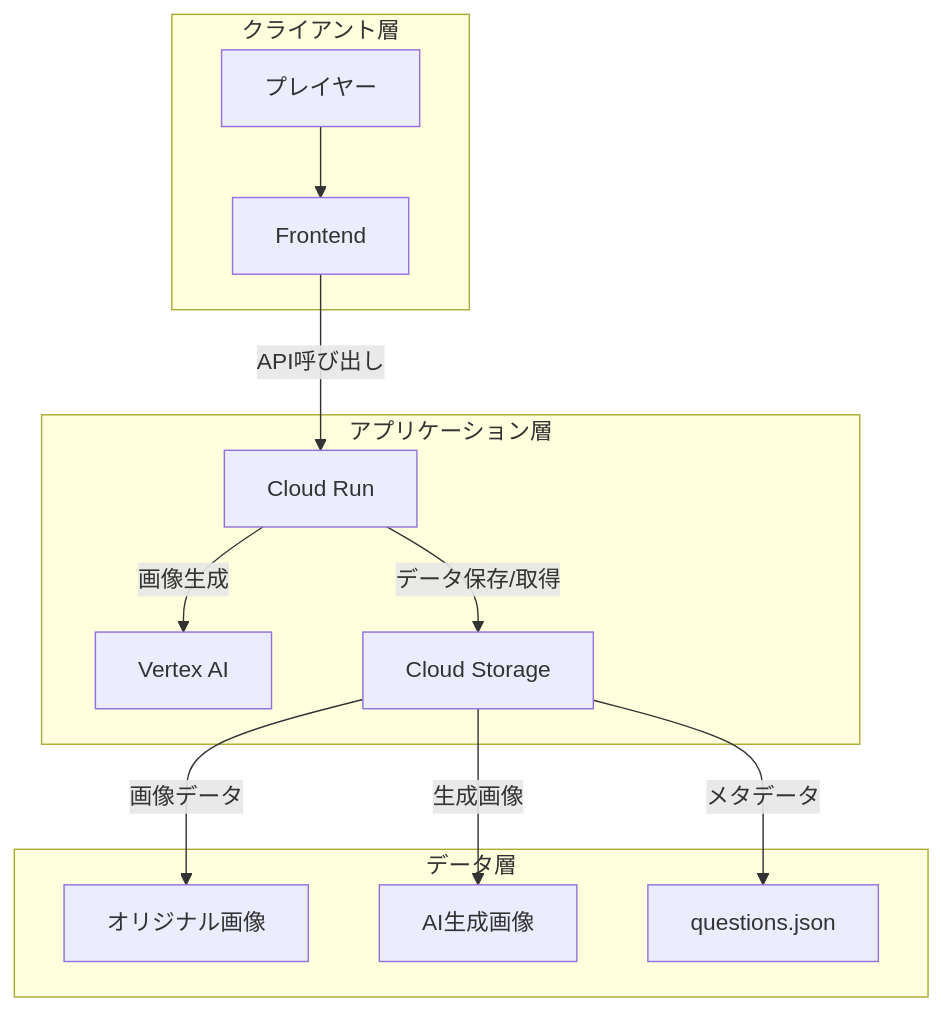
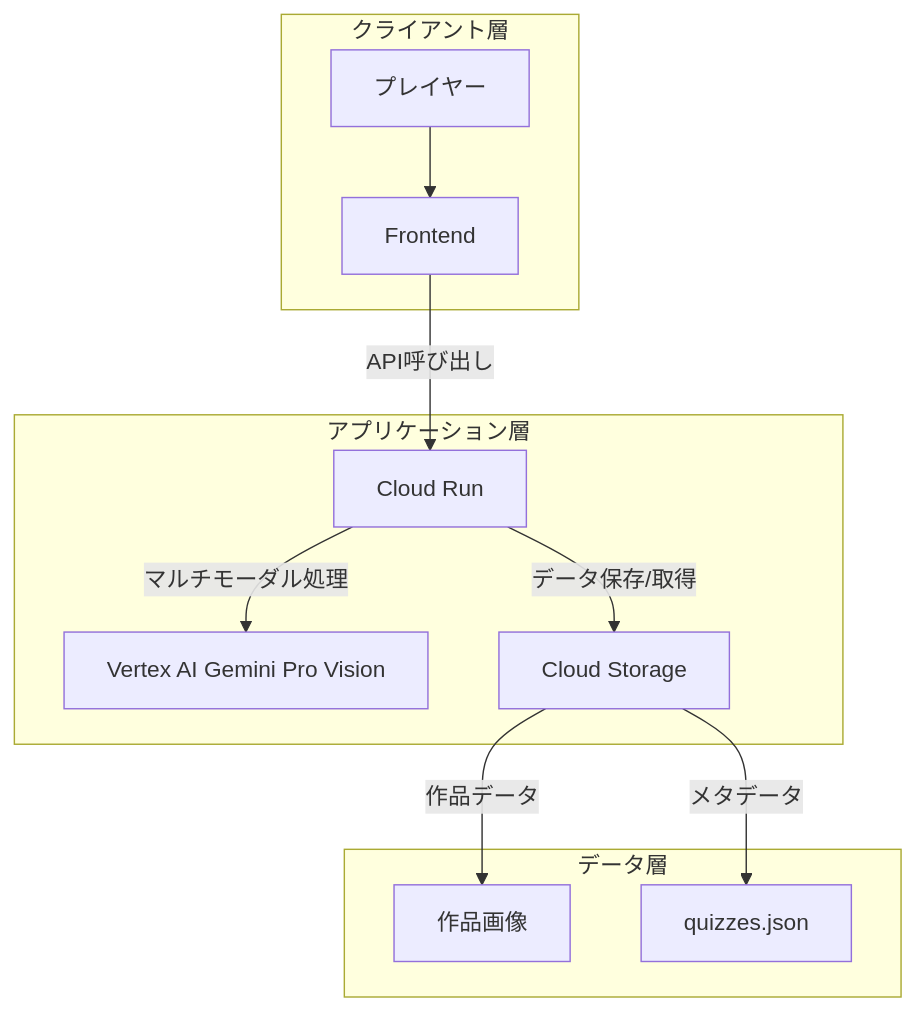
One commit to ken-ty/zenn_ai_hackathon_2501_backend changed the first of 3 diagrams in docs/ARCHITECTURE.md. Above: the diagram before and after it, drawn with Mermaid. The commit also changed other lines of this file and 7 other files, not shown here.

````diff
--- a/docs/ARCHITECTURE.md
+++ b/docs/ARCHITECTURE.md
@@ -15,18 +14,17 @@
 ```mermaid
 graph TD
     subgraph "クライアント層"
         A[プレイヤー] --> B[Frontend]
     end
     
     subgraph "アプリケーション層"
         B -->|API呼び出し| C[Cloud Run]
-        C -->|画像生成| D[Vertex AI]
+        C -->|マルチモーダル処理| D[Vertex AI Gemini Pro Vision]
         C -->|データ保存/取得| E[Cloud Storage]
     end
     
     subgraph "データ層"
-        E -->|画像データ| G[オリジナル画像]
-        E -->|生成画像| H[AI生成画像]
-        E -->|メタデータ| I[questions.json]
+        E -->|作品データ| G[作品画像]
+        E -->|メタデータ| I[quizzes.json]
     end
 ```
````
